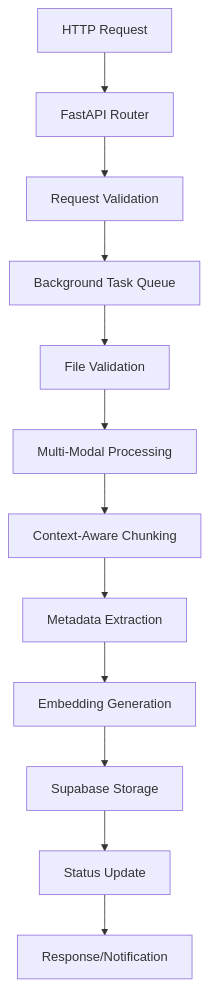
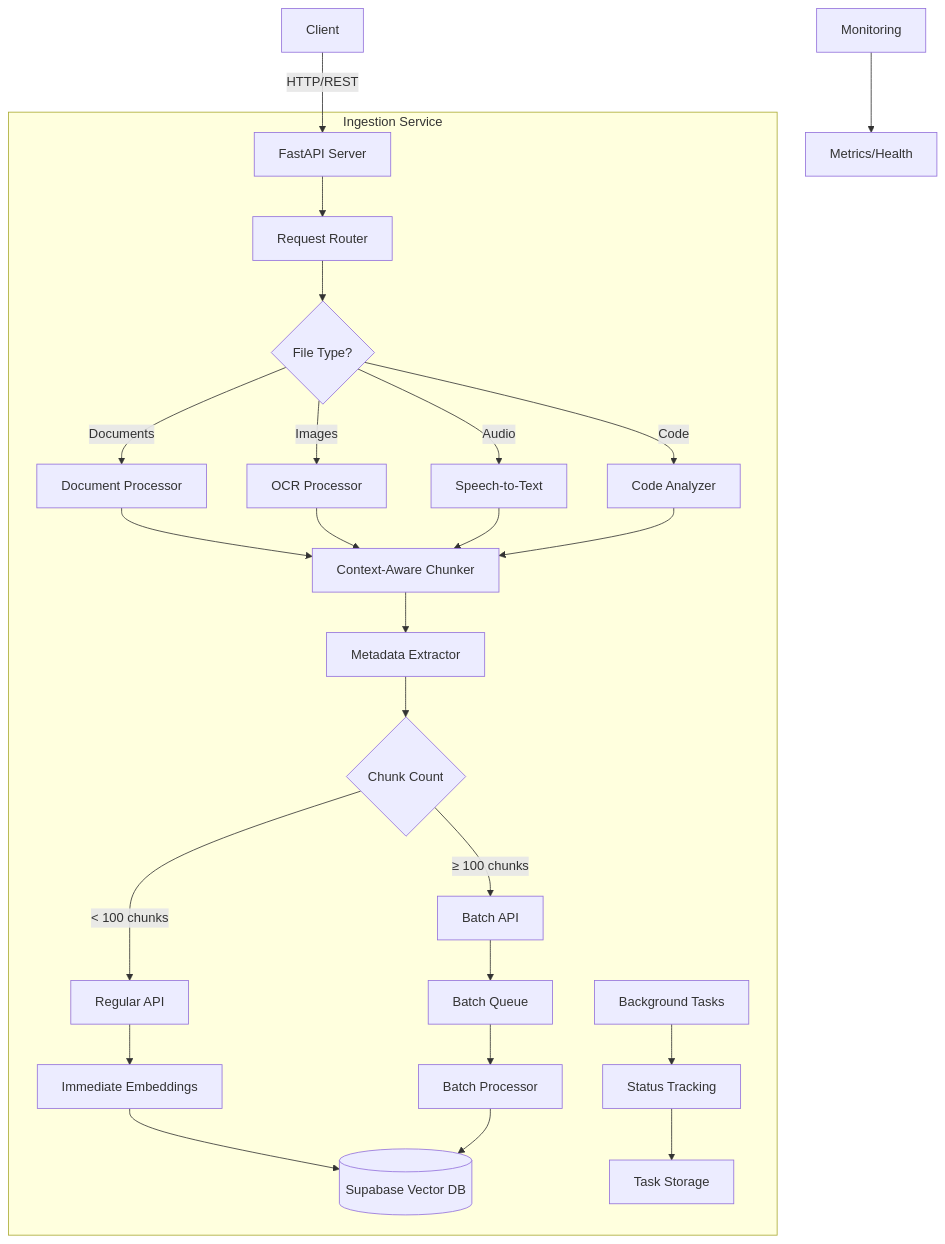
Before and after one commit to eloyf26/advanced_rag: the first of 2 diagrams in ingestion_service/README.MD, drawn with Mermaid. The commit also changed other lines of this file and 1 other file, not shown here.

Commit message:
ingestion service updated docs

````diff
--- a/ingestion_service/README.MD
+++ b/ingestion_service/README.MD
@@ -37,14 +38,35 @@
 ```mermaid
 graph TB
-    A[HTTP Request] --> B[FastAPI Router]
-    B --> C[Request Validation]
-    C --> D[Background Task Queue]
-    D --> E[File Validation]
-    E --> F[Multi-Modal Processing]
-    F --> G[Context-Aware Chunking]
-    G --> H[Metadata Extraction]
-    H --> I[Embedding Generation]
-    I --> J[Supabase Storage]
-    J --> K[Status Update]
-    K --> L[Response/Notification]
+    subgraph "Ingestion Service"
+        A[FastAPI Server] --> B[Request Router]
+        B --> C{File Type?}
+        C -->|Documents| D[Document Processor]
+        C -->|Images| E[OCR Processor]
+        C -->|Audio| F[Speech-to-Text]
+        C -->|Code| G[Code Analyzer]
+        
+        D --> H[Context-Aware Chunker]
+        E --> H
+        F --> H
+        G --> H
+        
+        H --> I[Metadata Extractor]
+        I --> J{Chunk Count}
+        
+        J -->|< 100 chunks| K[Regular API]
+        J -->|≥ 100 chunks| L[Batch API]
+        
+        K --> M[Immediate Embeddings]
+        L --> N[Batch Queue]
+        
+        M --> O[(Supabase Vector DB)]
+        N --> P[Batch Processor]
+        P --> O
+        
+        Q[Background Tasks] --> R[Status Tracking]
+        R --> S[Task Storage]
+    end
+    
+    T[Client] -->|HTTP/REST| A
+    U[Monitoring] --> V[Metrics/Health]
 ```
````
